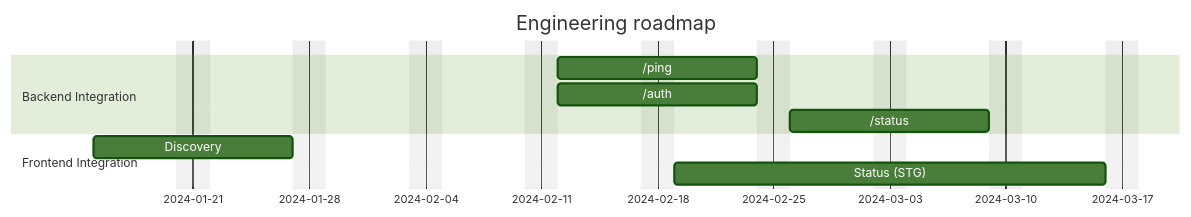
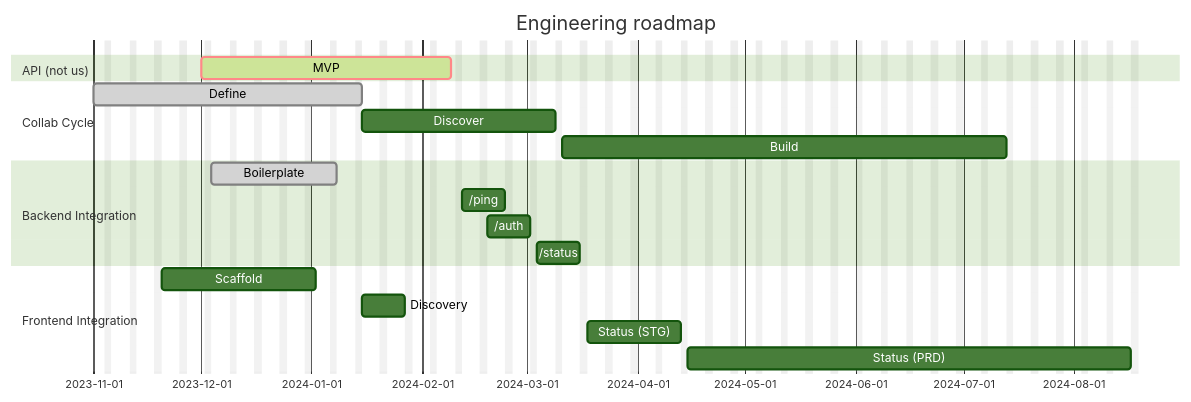
One commit to department-of-veterans-affairs/va.gov-team changed the diagram in products/health-care/beneficiary-travel/engineering/eng-roadmap.md. Above: the diagram before and after it, drawn with Mermaid (forest theme).

````diff
--- a/products/health-care/beneficiary-travel/engineering/eng-roadmap.md
+++ b/products/health-care/beneficiary-travel/engineering/eng-roadmap.md
@@ -3,16 +3,26 @@
 ```mermaid
 gantt
     %% A week is 5 days
     %% A sprint is 10 days
 
     title Engineering roadmap
     dateFormat YYYY-MM-DD
     excludes weekends
+
+    section API (not us)
+        MVP    :crit, active, api-mvp, 2023-12-01, 2024-02-09
+    section Collab Cycle
+        Define    :done, cc-def, 2023-11-01, 2024-01-15
+        Discover  :cc-disc, 2024-01-15, 40d
+        Build     :cc-build, after cc-disc, 90d
     section Backend Integration
+        Boilerplate :done, bplate, 2023-12-04, 2024-01-08
         /ping    :ping, 2024-02-12, 10d
-        /auth    :auth, 2024-02-12, 10d
+        /auth    :auth, 2024-02-19, 10d
         /status  :sts-be, after auth, 10d
     section Frontend Integration
+        Scaffold        :scaff, 2023-11-20, 2024-01-02
         Discovery       :disc, 2024-01-15, 10d
-        Status (STG)    :sts-fe, 2024-02-19, 20d
+        Status (STG)    :sts-fe-stg, after sts-be, 20d
+        Status (PRD)    :sts-fe-prd, after sts-fe-stg, 90d
 ```
````
